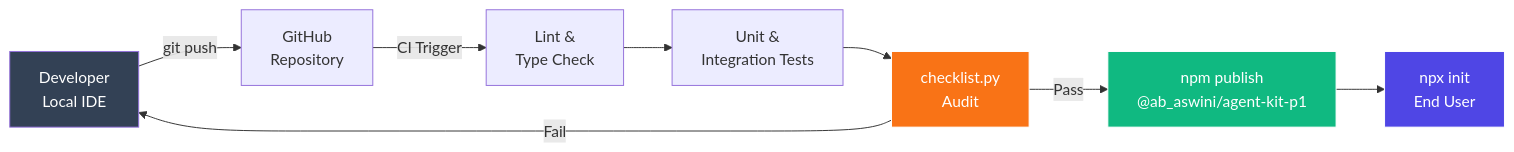
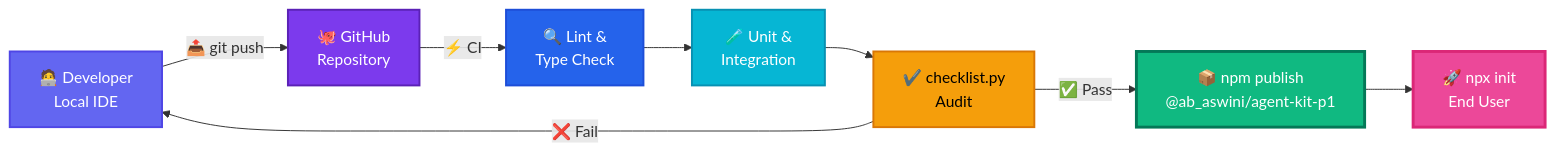
The seventh of 7 diagrams in README.md (Ab-aswini/Agent-kit-P1), drawn with Mermaid before and after one commit. The commit also changed other lines of this file, not shown here.

Commit message:
docs: candy-style README with vibrant Mermaid diagrams, UI&UX branding, enhanced install section

````diff
--- a/README.md
+++ b/README.md
@@ -388,18 +457,21 @@
 ```mermaid
 %%{init: {'theme': 'default'}}%%
 
 flowchart LR
-  DEV["Developer<br/>Local IDE"] -->|git push| GH["GitHub<br/>Repository"]
-  GH -->|CI Trigger| LINT["Lint &<br/>Type Check"]
-  LINT --> TEST["Unit &<br/>Integration Tests"]
-  TEST --> AUDIT["checklist.py<br/>Audit"]
-  AUDIT -->|Pass| PUB["npm publish<br/>@ab_aswini/agent-kit-p1"]
-  PUB --> NPX["npx init<br/>End User"]
+  DEV["🧑‍💻 Developer<br/>Local IDE"] -->|"📤 git push"| GH["🐙 GitHub<br/>Repository"]
+  GH -->|"⚡ CI"| LINT["🔍 Lint &<br/>Type Check"]
+  LINT --> TEST["🧪 Unit &<br/>Integration"]
+  TEST --> AUDIT["✔️ checklist.py<br/>Audit"]
+  AUDIT -->|"✅ Pass"| PUB["📦 npm publish<br/>@ab_aswini/agent-kit-p1"]
+  PUB --> NPX["🚀 npx init<br/>End User"]
 
-  AUDIT -->|Fail| DEV
+  AUDIT -->|"❌ Fail"| DEV
 
-  style DEV fill:#334155,color:#fff
-  style PUB fill:#10B981,color:#fff,stroke:#fff
-  style NPX fill:#4F46E5,color:#fff,stroke:#fff
-  style AUDIT fill:#F97316,color:#fff,stroke:#fff
+  style DEV fill:#6366F1,color:#fff,stroke:#4F46E5,stroke-width:2px
+  style GH fill:#7C3AED,color:#fff,stroke:#5B21B6,stroke-width:2px
+  style LINT fill:#2563EB,color:#fff,stroke:#1D4ED8,stroke-width:2px
+  style TEST fill:#06B6D4,color:#fff,stroke:#0891B2,stroke-width:2px
+  style AUDIT fill:#F59E0B,color:#000,stroke:#D97706,stroke-width:2px
+  style PUB fill:#10B981,color:#fff,stroke:#047857,stroke-width:3px
+  style NPX fill:#EC4899,color:#fff,stroke:#DB2777,stroke-width:3px
 ```
````
